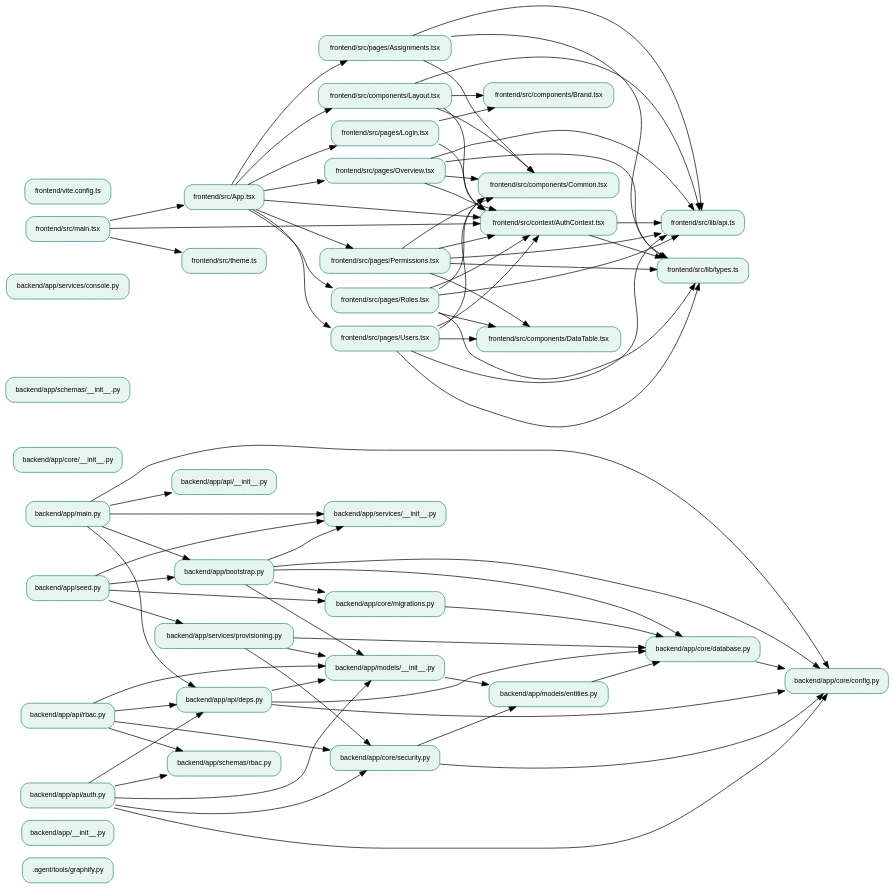
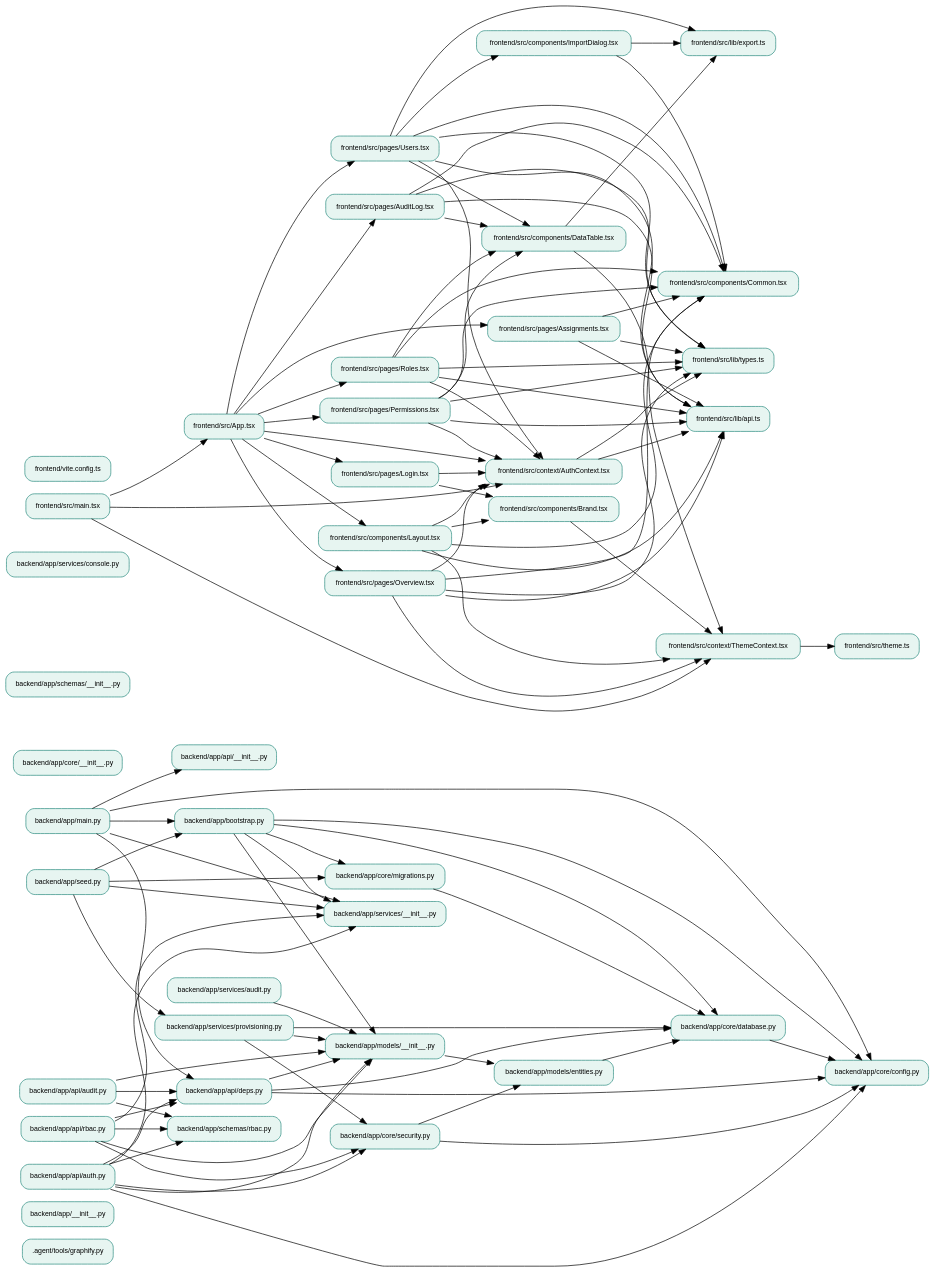
Before and after one commit to praveen-christuraj/WellCostingPro: the diagram in .agent/memory/architecture.dot, drawn with Graphviz. The commit also changed 38 other files, not shown here.

First line of the commit message:
Add standing product conventions to memory; audit trail, navy theme, top nav, filters, pagination, import/export

```diff
--- a/.agent/memory/architecture.dot
+++ b/.agent/memory/architecture.dot
@@ -1,120 +1,147 @@
 // Generated by .agent/tools/graphify.py; regenerate after architecture changes.
 digraph WellCostingPro {
   rankdir=LR;
   graph [fontname="Helvetica", bgcolor="transparent"];
   node [shape=box, style="rounded,filled", fillcolor="#e7f5f1", color="#2a8c80", fontname="Helvetica", fontsize=10];
   ".agent/tools/graphify.py";
   "backend/app/__init__.py";
   "backend/app/api/__init__.py";
+  "backend/app/api/audit.py";
   "backend/app/api/auth.py";
   "backend/app/api/deps.py";
   "backend/app/api/rbac.py";
   "backend/app/bootstrap.py";
   "backend/app/core/__init__.py";
   "backend/app/core/config.py";
   "backend/app/core/database.py";
   "backend/app/core/migrations.py";
   "backend/app/core/security.py";
   "backend/app/main.py";
   "backend/app/models/__init__.py";
   "backend/app/models/entities.py";
   "backend/app/schemas/__init__.py";
   "backend/app/schemas/rbac.py";
   "backend/app/seed.py";
   "backend/app/services/__init__.py";
+  "backend/app/services/audit.py";
   "backend/app/services/console.py";
   "backend/app/services/provisioning.py";
   "frontend/src/App.tsx";
   "frontend/src/components/Brand.tsx";
   "frontend/src/components/Common.tsx";
   "frontend/src/components/DataTable.tsx";
+  "frontend/src/components/ImportDialog.tsx";
   "frontend/src/components/Layout.tsx";
   "frontend/src/context/AuthContext.tsx";
+  "frontend/src/context/ThemeContext.tsx";
   "frontend/src/lib/api.ts";
+  "frontend/src/lib/export.ts";
   "frontend/src/lib/types.ts";
   "frontend/src/main.tsx";
   "frontend/src/pages/Assignments.tsx";
+  "frontend/src/pages/AuditLog.tsx";
   "frontend/src/pages/Login.tsx";
   "frontend/src/pages/Overview.tsx";
   "frontend/src/pages/Permissions.tsx";
   "frontend/src/pages/Roles.tsx";
   "frontend/src/pages/Users.tsx";
   "frontend/src/theme.ts";
   "frontend/vite.config.ts";
+  "backend/app/api/audit.py" -> "backend/app/api/deps.py";
+  "backend/app/api/audit.py" -> "backend/app/models/__init__.py";
+  "backend/app/api/audit.py" -> "backend/app/schemas/rbac.py";
   "backend/app/api/auth.py" -> "backend/app/api/deps.py";
   "backend/app/api/auth.py" -> "backend/app/core/config.py";
   "backend/app/api/auth.py" -> "backend/app/core/security.py";
   "backend/app/api/auth.py" -> "backend/app/models/__init__.py";
   "backend/app/api/auth.py" -> "backend/app/schemas/rbac.py";
+  "backend/app/api/auth.py" -> "backend/app/services/__init__.py";
   "backend/app/api/deps.py" -> "backend/app/core/config.py";
   "backend/app/api/deps.py" -> "backend/app/core/database.py";
   "backend/app/api/deps.py" -> "backend/app/models/__init__.py";
   "backend/app/api/rbac.py" -> "backend/app/api/deps.py";
   "backend/app/api/rbac.py" -> "backend/app/core/security.py";
   "backend/app/api/rbac.py" -> "backend/app/models/__init__.py";
   "backend/app/api/rbac.py" -> "backend/app/schemas/rbac.py";
+  "backend/app/api/rbac.py" -> "backend/app/services/__init__.py";
   "backend/app/bootstrap.py" -> "backend/app/core/config.py";
   "backend/app/bootstrap.py" -> "backend/app/core/database.py";
   "backend/app/bootstrap.py" -> "backend/app/core/migrations.py";
   "backend/app/bootstrap.py" -> "backend/app/models/__init__.py";
   "backend/app/bootstrap.py" -> "backend/app/services/__init__.py";
   "backend/app/core/database.py" -> "backend/app/core/config.py";
   "backend/app/core/migrations.py" -> "backend/app/core/database.py";
   "backend/app/core/security.py" -> "backend/app/core/config.py";
   "backend/app/core/security.py" -> "backend/app/models/entities.py";
   "backend/app/main.py" -> "backend/app/api/__init__.py";
   "backend/app/main.py" -> "backend/app/api/deps.py";
   "backend/app/main.py" -> "backend/app/bootstrap.py";
   "backend/app/main.py" -> "backend/app/core/config.py";
   "backend/app/main.py" -> "backend/app/services/__init__.py";
   "backend/app/models/__init__.py" -> "backend/app/models/entities.py";
   "backend/app/models/entities.py" -> "backend/app/core/database.py";
   "backend/app/seed.py" -> "backend/app/bootstrap.py";
   "backend/app/seed.py" -> "backend/app/core/migrations.py";
   "backend/app/seed.py" -> "backend/app/services/__init__.py";
   "backend/app/seed.py" -> "backend/app/services/provisioning.py";
+  "backend/app/services/audit.py" -> "backend/app/models/__init__.py";
   "backend/app/services/provisioning.py" -> "backend/app/core/database.py";
   "backend/app/services/provisioning.py" -> "backend/app/core/security.py";
   "backend/app/services/provisioning.py" -> "backend/app/models/__init__.py";
   "frontend/src/App.tsx" -> "frontend/src/components/Layout.tsx";
   "frontend/src/App.tsx" -> "frontend/src/context/AuthContext.tsx";
   "frontend/src/App.tsx" -> "frontend/src/pages/Assignments.tsx";
+  "frontend/src/App.tsx" -> "frontend/src/pages/AuditLog.tsx";
   "frontend/src/App.tsx" -> "frontend/src/pages/Login.tsx";
   "frontend/src/App.tsx" -> "frontend/src/pages/Overview.tsx";
   "frontend/src/App.tsx" -> "frontend/src/pages/Permissions.tsx";
   "frontend/src/App.tsx" -> "frontend/src/pages/Roles.tsx";
   "frontend/src/App.tsx" -> "frontend/src/pages/Users.tsx";
+  "frontend/src/components/Brand.tsx" -> "frontend/src/context/ThemeContext.tsx";
+  "frontend/src/components/DataTable.tsx" -> "frontend/src/context/ThemeContext.tsx";
+  "frontend/src/components/DataTable.tsx" -> "frontend/src/lib/export.ts";
+  "frontend/src/components/ImportDialog.tsx" -> "frontend/src/components/Common.tsx";
+  "frontend/src/components/ImportDialog.tsx" -> "frontend/src/lib/export.ts";
   "frontend/src/components/Layout.tsx" -> "frontend/src/components/Brand.tsx";
   "frontend/src/components/Layout.tsx" -> "frontend/src/components/Common.tsx";
   "frontend/src/components/Layout.tsx" -> "frontend/src/context/AuthContext.tsx";
+  "frontend/src/components/Layout.tsx" -> "frontend/src/context/ThemeContext.tsx";
   "frontend/src/components/Layout.tsx" -> "frontend/src/lib/api.ts";
   "frontend/src/context/AuthContext.tsx" -> "frontend/src/lib/api.ts";
   "frontend/src/context/AuthContext.tsx" -> "frontend/src/lib/types.ts";
+  "frontend/src/context/ThemeContext.tsx" -> "frontend/src/theme.ts";
   "frontend/src/main.tsx" -> "frontend/src/App.tsx";
   "frontend/src/main.tsx" -> "frontend/src/context/AuthContext.tsx";
-  "frontend/src/main.tsx" -> "frontend/src/theme.ts";
+  "frontend/src/main.tsx" -> "frontend/src/context/ThemeContext.tsx";
   "frontend/src/pages/Assignments.tsx" -> "frontend/src/components/Common.tsx";
   "frontend/src/pages/Assignments.tsx" -> "frontend/src/lib/api.ts";
   "frontend/src/pages/Assignments.tsx" -> "frontend/src/lib/types.ts";
+  "frontend/src/pages/AuditLog.tsx" -> "frontend/src/components/Common.tsx";
+  "frontend/src/pages/AuditLog.tsx" -> "frontend/src/components/DataTable.tsx";
+  "frontend/src/pages/AuditLog.tsx" -> "frontend/src/lib/api.ts";
+  "frontend/src/pages/AuditLog.tsx" -> "frontend/src/lib/types.ts";
   "frontend/src/pages/Login.tsx" -> "frontend/src/components/Brand.tsx";
   "frontend/src/pages/Login.tsx" -> "frontend/src/context/AuthContext.tsx";
   "frontend/src/pages/Overview.tsx" -> "frontend/src/components/Common.tsx";
   "frontend/src/pages/Overview.tsx" -> "frontend/src/context/AuthContext.tsx";
+  "frontend/src/pages/Overview.tsx" -> "frontend/src/context/ThemeContext.tsx";
   "frontend/src/pages/Overview.tsx" -> "frontend/src/lib/api.ts";
   "frontend/src/pages/Overview.tsx" -> "frontend/src/lib/types.ts";
   "frontend/src/pages/Permissions.tsx" -> "frontend/src/components/Common.tsx";
   "frontend/src/pages/Permissions.tsx" -> "frontend/src/components/DataTable.tsx";
   "frontend/src/pages/Permissions.tsx" -> "frontend/src/context/AuthContext.tsx";
   "frontend/src/pages/Permissions.tsx" -> "frontend/src/lib/api.ts";
   "frontend/src/pages/Permissions.tsx" -> "frontend/src/lib/types.ts";
   "frontend/src/pages/Roles.tsx" -> "frontend/src/components/Common.tsx";
   "frontend/src/pages/Roles.tsx" -> "frontend/src/components/DataTable.tsx";
   "frontend/src/pages/Roles.tsx" -> "frontend/src/context/AuthContext.tsx";
   "frontend/src/pages/Roles.tsx" -> "frontend/src/lib/api.ts";
   "frontend/src/pages/Roles.tsx" -> "frontend/src/lib/types.ts";
   "frontend/src/pages/Users.tsx" -> "frontend/src/components/Common.tsx";
   "frontend/src/pages/Users.tsx" -> "frontend/src/components/DataTable.tsx";
+  "frontend/src/pages/Users.tsx" -> "frontend/src/components/ImportDialog.tsx";
   "frontend/src/pages/Users.tsx" -> "frontend/src/context/AuthContext.tsx";
   "frontend/src/pages/Users.tsx" -> "frontend/src/lib/api.ts";
+  "frontend/src/pages/Users.tsx" -> "frontend/src/lib/export.ts";
   "frontend/src/pages/Users.tsx" -> "frontend/src/lib/types.ts";
 }
```
